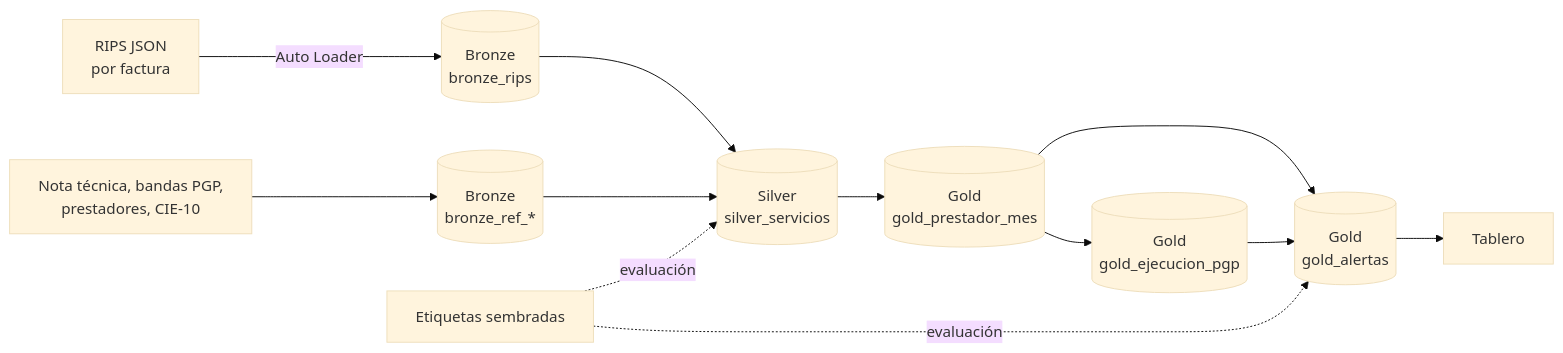
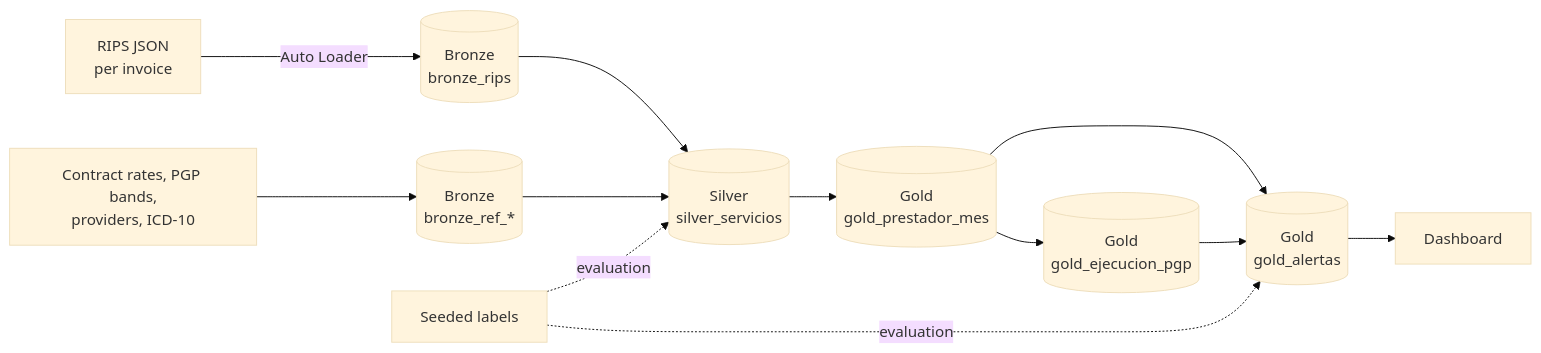
One commit to samvie1232/health-claims-audit-lakehouse changed the diagram in README.md. Above: the diagram before and after it, drawn with Mermaid (base theme). The commit also changed other lines of this file and 2 other files, not shown here.

````diff
--- a/README.md
+++ b/README.md
@@ -33,14 +35,14 @@
 ```mermaid
 flowchart LR
-    A[RIPS JSON<br/>por factura] -->|Auto Loader| B[(Bronze<br/>bronze_rips)]
-    R[Nota técnica, bandas PGP,<br/>prestadores, CIE-10] --> BR[(Bronze<br/>bronze_ref_*)]
+    A[RIPS JSON<br/>per invoice] -->|Auto Loader| B[(Bronze<br/>bronze_rips)]
+    R[Contract rates, PGP bands,<br/>providers, ICD-10] --> BR[(Bronze<br/>bronze_ref_*)]
     B --> S[(Silver<br/>silver_servicios)]
     BR --> S
     S --> G1[(Gold<br/>gold_prestador_mes)]
     G1 --> G2[(Gold<br/>gold_ejecucion_pgp)]
     G1 --> G3[(Gold<br/>gold_alertas)]
     G2 --> G3
-    G3 --> D[Tablero]
-    E[Etiquetas sembradas] -.evaluación.-> S
-    E -.evaluación.-> G3
+    G3 --> D[Dashboard]
+    E[Seeded labels] -.evaluation.-> S
+    E -.evaluation.-> G3
 ```
````
